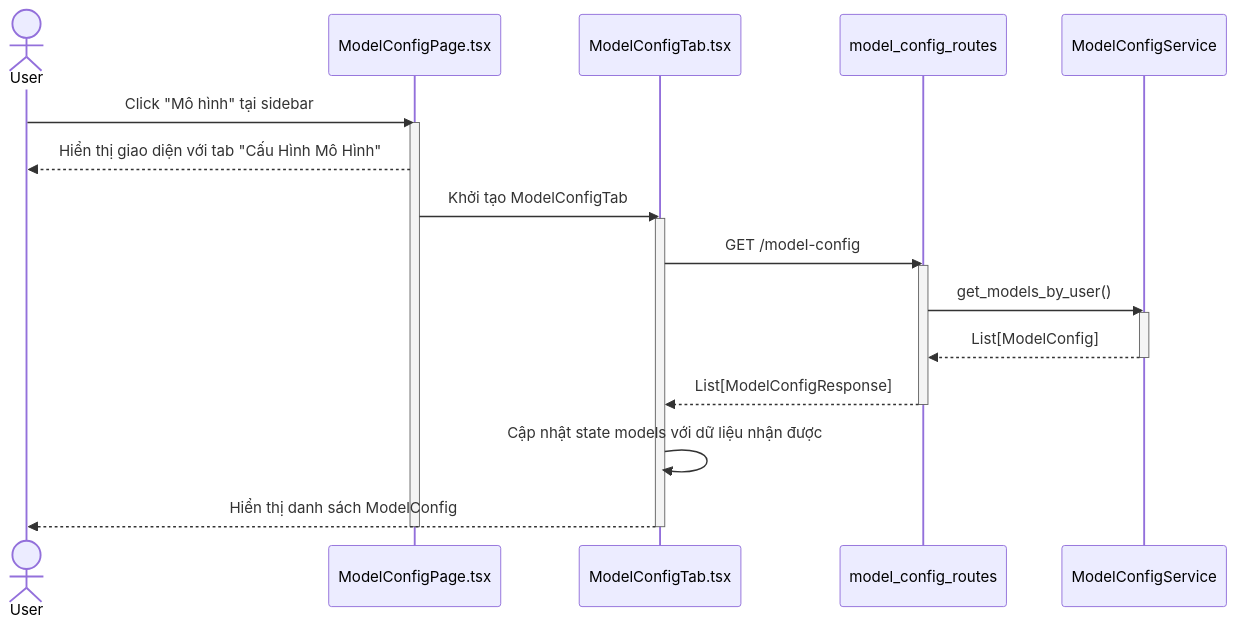
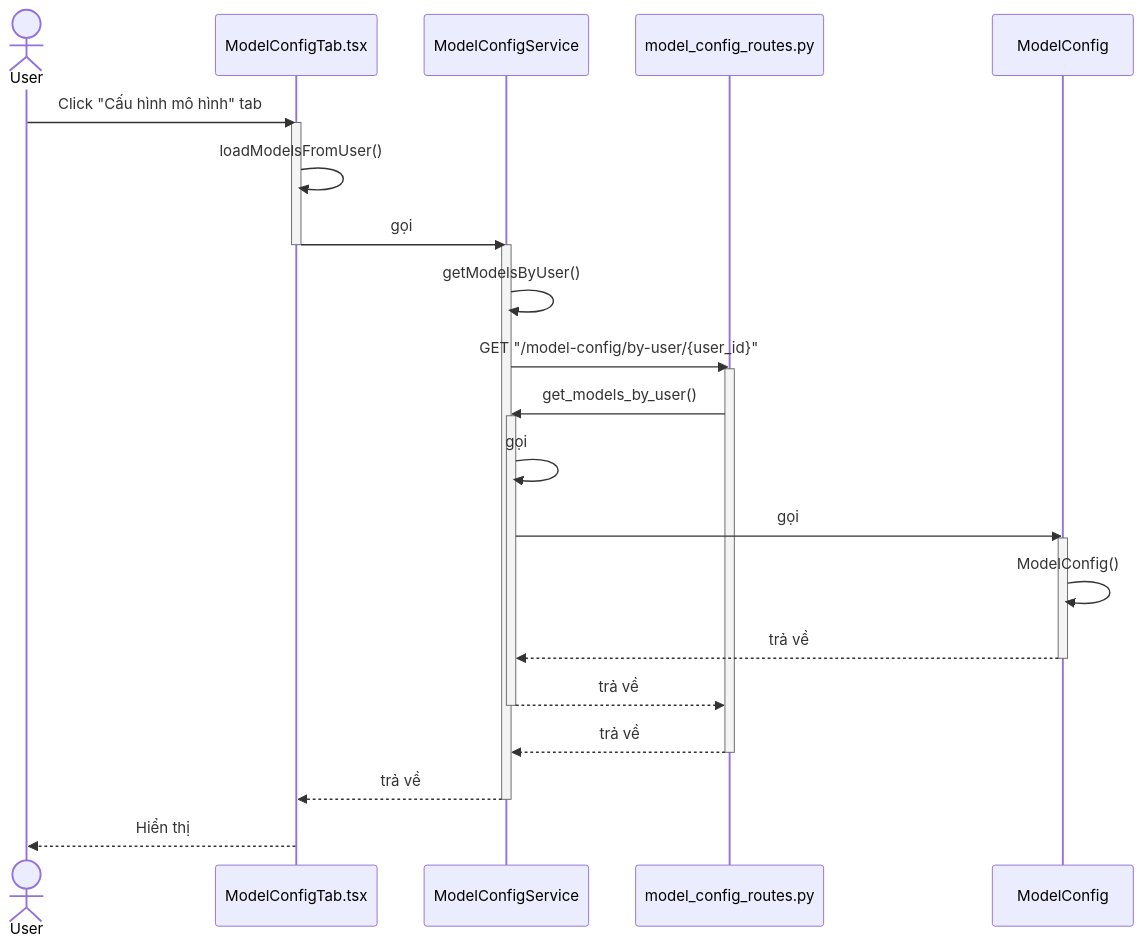
The first of 9 diagrams in model_config/4_model_config_seq.md (mduc-2610/gp_doc), drawn with Mermaid before and after one commit. The commit also changed other lines of this file and 34 other files, not shown here.

````diff
--- a/model_config/4_model_config_seq.md
+++ b/model_config/4_model_config_seq.md
@@ -5,33 +5,43 @@
 ```mermaid
 sequenceDiagram
     actor User
-    participant ModelConfigPage as ModelConfigPage.tsx
     participant ModelConfigTab as ModelConfigTab.tsx
-    participant ModelConfigRoutes as model_config_routes
     participant ModelConfigService as ModelConfigService
+    participant ModelConfigRoutes as model_config_routes.py
+    participant ModelConfigService as ModelConfigService
+    participant ModelConfig as ModelConfig
 
-    User->>ModelConfigPage: Click "Mô hình" tại sidebar
-    activate ModelConfigPage
-    
-    ModelConfigPage-->>User: Hiển thị giao diện với tab "Cấu Hình Mô Hình"
-    
-    ModelConfigPage->>ModelConfigTab: Khởi tạo ModelConfigTab
+    User->>ModelConfigTab: Click "Cấu hình mô hình" tab
     activate ModelConfigTab
     
-    ModelConfigTab->>ModelConfigRoutes: GET /model-config
+    ModelConfigTab->>ModelConfigTab: loadModelsFromUser()
+    ModelConfigTab->>ModelConfigService: gọi
+    deactivate ModelConfigTab
+    activate ModelConfigService
+    
+    ModelConfigService->>ModelConfigService: getModelsByUser()
+    ModelConfigService->>ModelConfigRoutes: GET "/model-config/by-user/{user_id}"
     activate ModelConfigRoutes
     
     ModelConfigRoutes->>ModelConfigService: get_models_by_user()
     activate ModelConfigService
     
-    ModelConfigService-->>ModelConfigRoutes: List[ModelConfig]
+    ModelConfigService->>ModelConfigService: gọi
+    ModelConfigService->>ModelConfig: gọi
+    activate ModelConfig
+    
+    ModelConfig->>ModelConfig: ModelConfig()
+    ModelConfig-->>ModelConfigService: trả về
+    deactivate ModelConfig
+    
+    ModelConfigService-->>ModelConfigRoutes: trả về
     deactivate ModelConfigService
     
-    ModelConfigRoutes-->>ModelConfigTab: List[ModelConfigResponse]
+    ModelConfigRoutes-->>ModelConfigService: trả về
     deactivate ModelConfigRoutes
     
-    ModelConfigTab->>ModelConfigTab: Cập nhật state models với dữ liệu nhận được
-    ModelConfigTab-->>User: Hiển thị danh sách ModelConfig
-    deactivate ModelConfigTab
-    deactivate ModelConfigPage
+    ModelConfigService-->>ModelConfigTab: trả về
+    deactivate ModelConfigService
+    
+    ModelConfigTab-->>User: Hiển thị
 ```
````
